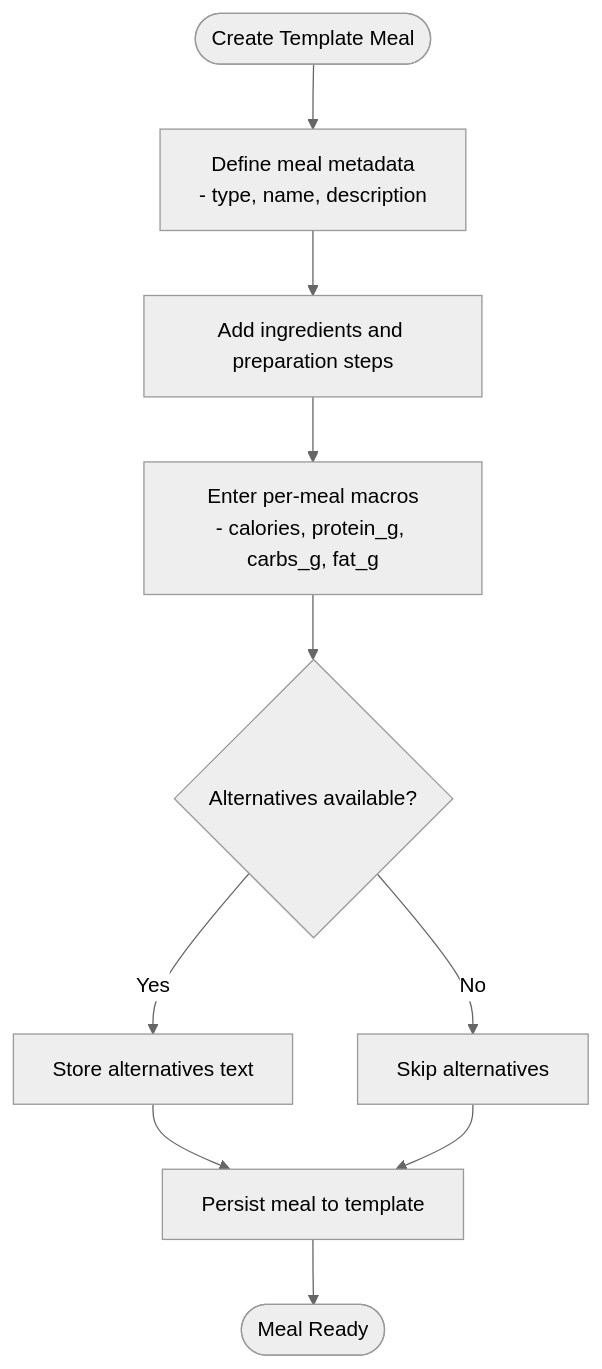
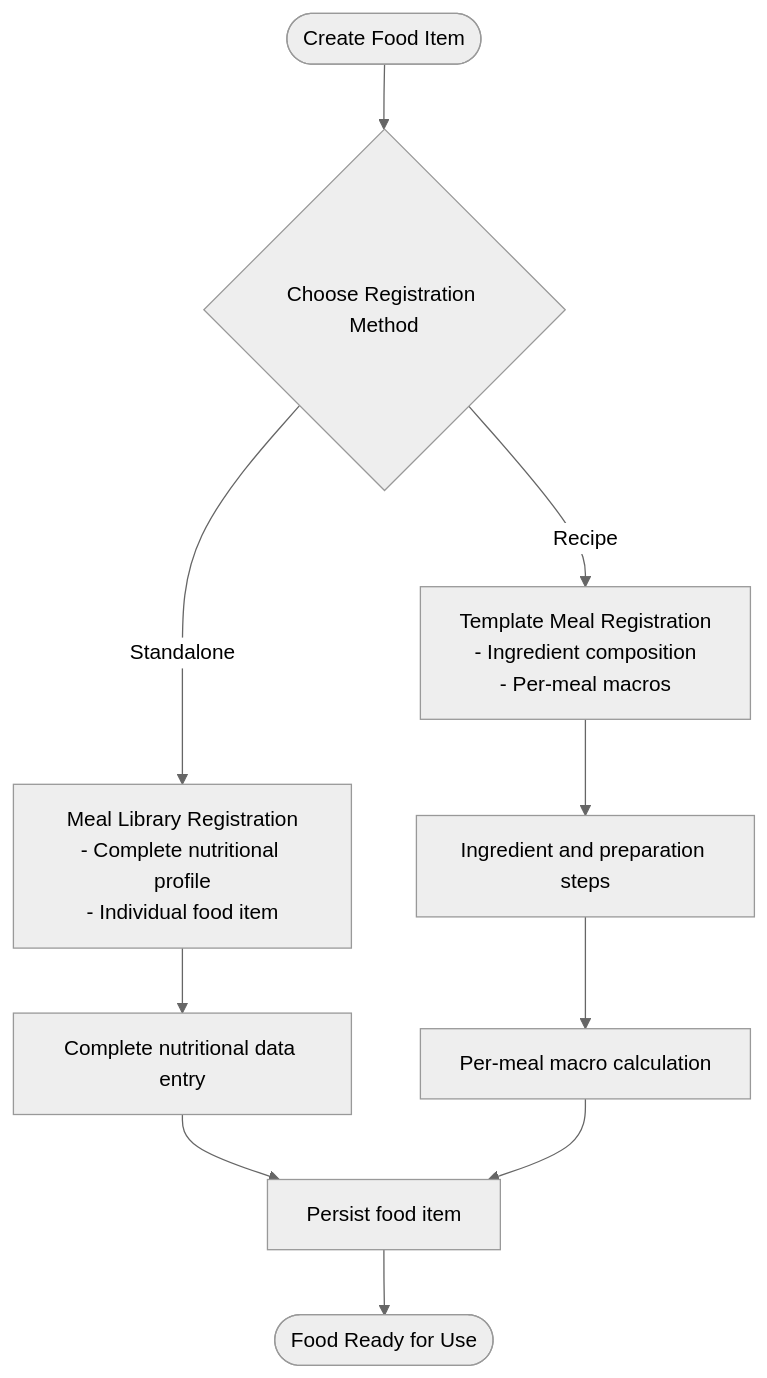
Before and after one commit to macintoshUserchg/nest_js_gym_backend_current: the seventh of 9 diagrams in .qoder/repowiki/en/content/Core Modules & Features/Nutrition Programs/Meal Library Management.md, drawn with Mermaid (neutral theme). The commit also changed other lines of this file and 6 other files, not shown here.

````diff
--- a/.qoder/repowiki/en/content/Core Modules & Features/Nutrition Programs/Meal Library Management.md
+++ b/.qoder/repowiki/en/content/Core Modules & Features/Nutrition Programs/Meal Library Management.md
@@ -290,12 +406,12 @@
 ```mermaid
 flowchart TD
-Start(["Create Template Meal"]) --> Define["Define meal metadata<br/>- type, name, description"]
-Define --> Ingredients["Add ingredients and preparation steps"]
-Ingredients --> Macros["Enter per-meal macros<br/>- calories, protein_g, carbs_g, fat_g"]
-Macros --> Alternatives{"Alternatives available?"}
-Alternatives --> |Yes| AddAlt["Store alternatives text"]
-Alternatives --> |No| SkipAlt["Skip alternatives"]
-AddAlt --> Save["Persist meal to template"]
-SkipAlt --> Save
-Save --> End(["Meal Ready"])
+Start(["Create Food Item"]) --> Choose{"Choose Registration Method"}
+Choose --> |Standalone| ML["Meal Library Registration<br/>- Complete nutritional profile<br/>- Individual food item"]
+Choose --> |Recipe| TM["Template Meal Registration<br/>- Ingredient composition<br/>- Per-meal macros"]
+ML --> Complete["Complete nutritional data entry"]
+TM --> Ingredients["Ingredient and preparation steps"]
+Ingredients --> Macros["Per-meal macro calculation"]
+Complete --> Save["Persist food item"]
+Macros --> Save
+Save --> End(["Food Ready for Use"])
 ```
````
